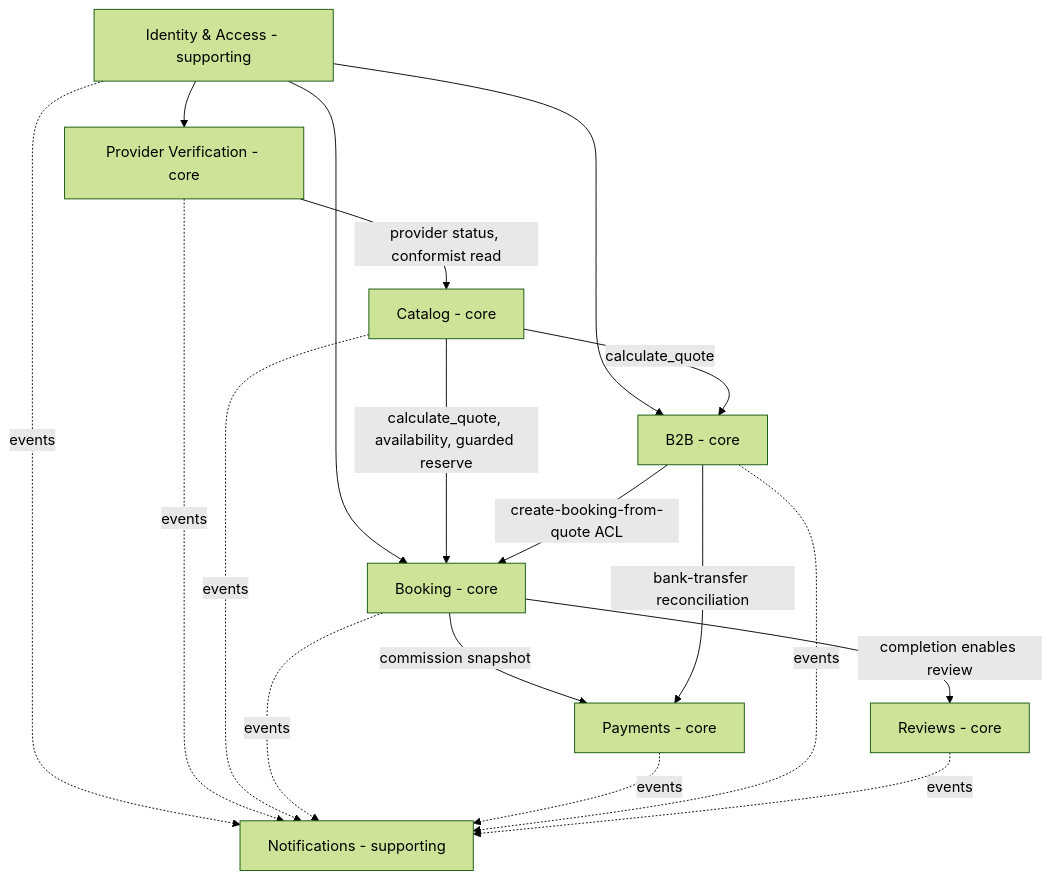
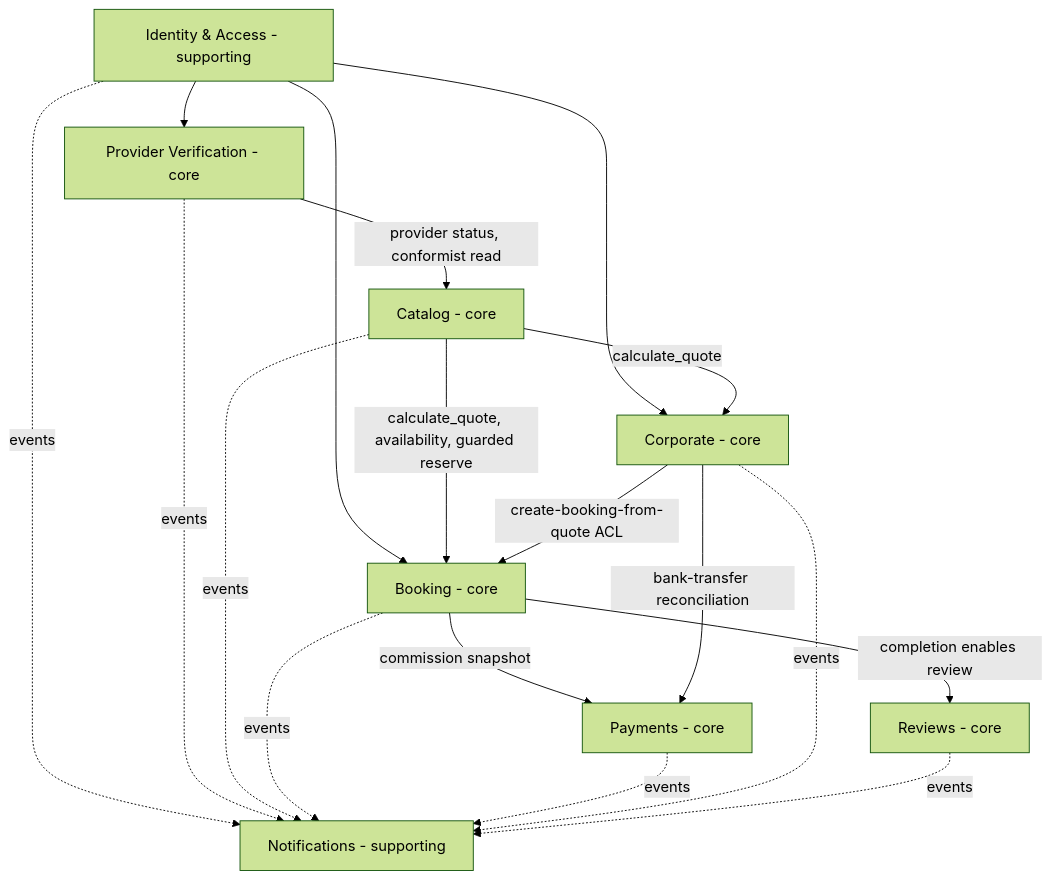
Before and after one commit to markmamba/redcab-docs: the third of 3 diagrams in docs/architecture/overview.md, drawn with Mermaid (forest theme). The commit also changed other lines of this file and 61 other files, not shown here.

````diff
--- a/docs/architecture/overview.md
+++ b/docs/architecture/overview.md
@@ -310,20 +310,20 @@
 ```mermaid
 graph TD
   IAM[Identity & Access - supporting] --> PRV[Provider Verification - core]
   IAM --> BKG[Booking - core]
-  IAM --> B2B[B2B - core]
+  IAM --> CORP[Corporate - core]
   PRV -->|provider status, conformist read| CAT[Catalog - core]
   CAT -->|calculate_quote, availability, guarded reserve| BKG
-  CAT -->|calculate_quote| B2B
-  B2B -->|create-booking-from-quote ACL| BKG
+  CAT -->|calculate_quote| CORP
+  CORP -->|create-booking-from-quote ACL| BKG
   BKG -->|commission snapshot| PAY[Payments - core]
-  B2B -->|bank-transfer reconciliation| PAY
+  CORP -->|bank-transfer reconciliation| PAY
   BKG -->|completion enables review| REV[Reviews - core]
   IAM -. events .-> NOT[Notifications - supporting]
   PRV -. events .-> NOT
   CAT -. events .-> NOT
   BKG -. events .-> NOT
   PAY -. events .-> NOT
-  B2B -. events .-> NOT
+  CORP -. events .-> NOT
   REV -. events .-> NOT
 ```
````
